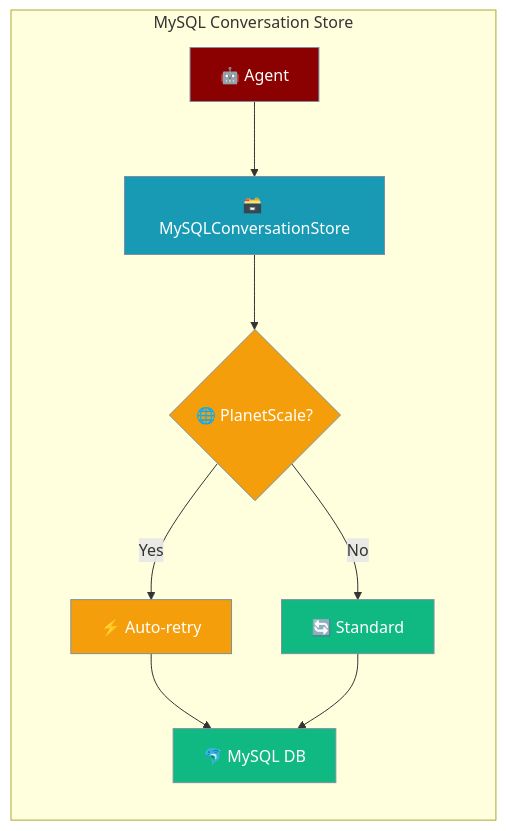
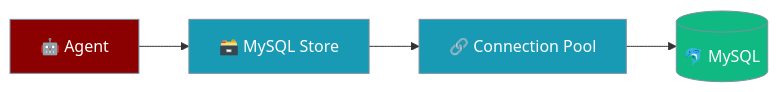
One commit to MervinPraison/PraisonAIDocs changed the first of 2 diagrams in docs/features/persistence-conversation-mysql.mdx. Above: the diagram before and after it, drawn with Mermaid. The commit also changed other lines of this file and 4 other files, not shown here.

````diff
--- a/docs/features/persistence-conversation-mysql.mdx
+++ b/docs/features/persistence-conversation-mysql.mdx
@@ -10,21 +22,14 @@
 ```mermaid
 graph LR
-    subgraph "MySQL Conversation Store"
-        A[🤖 Agent] --> B[🗃️ MySQLConversationStore]
-        B --> C{🌐 PlanetScale?}
-        C -->|Yes| D[⚡ Auto-retry]
-        C -->|No| E[🔄 Standard]
-        D --> F[🐬 MySQL DB]
-        E --> F
-    end
-    
+    Agent[🤖 Agent] --> Store[🗃️ MySQL Store]
+    Store --> Pool[🔗 Connection Pool]
+    Pool --> DB[(🐬 MySQL)]
+
     classDef agent fill:#8B0000,stroke:#7C90A0,color:#fff
     classDef store fill:#189AB4,stroke:#7C90A0,color:#fff
-    classDef serverless fill:#F59E0B,stroke:#7C90A0,color:#fff
     classDef database fill:#10B981,stroke:#7C90A0,color:#fff
-    
-    class A agent
-    class B store
-    class C,D serverless
-    class E,F database
+
+    class Agent agent
+    class Store,Pool store
+    class DB database
 ```
````
